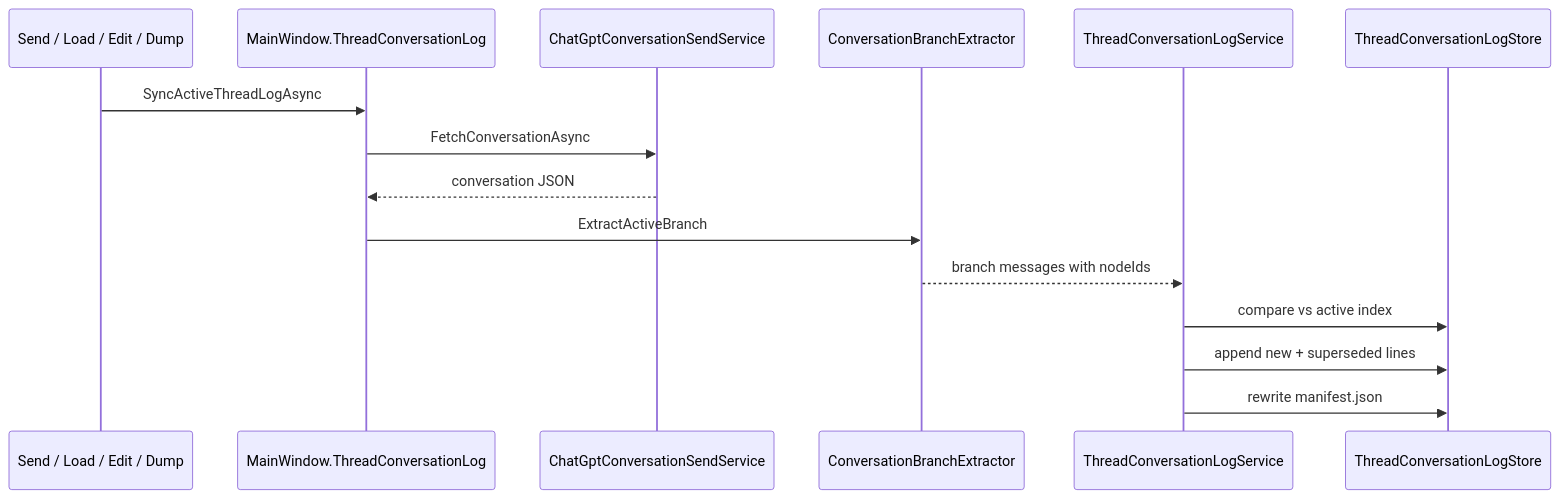
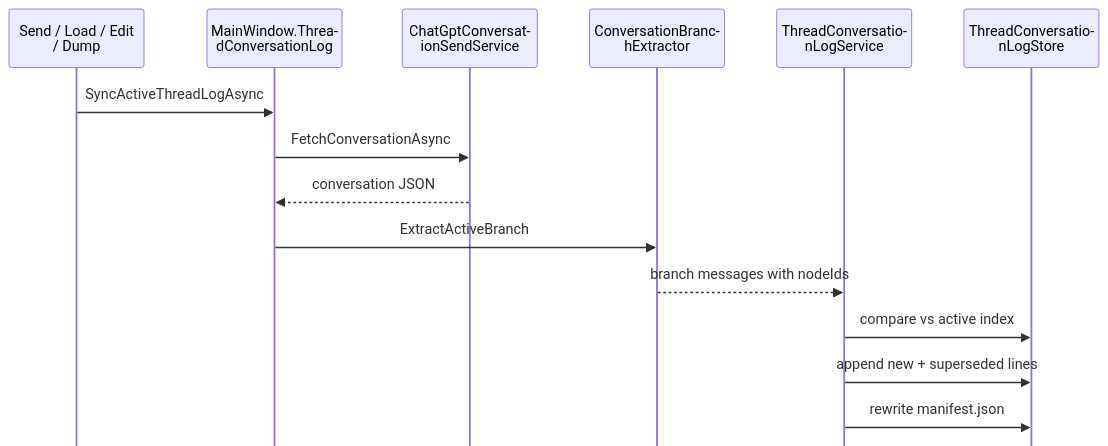
One commit to CMD0112/NarrativeGPT changed the diagram in docs/developer/thread-conversation-log.md. Above: the diagram before and after it, drawn with Mermaid. The commit also changed other lines of this file and 788 other files, not shown here.

````diff
--- a/docs/developer/thread-conversation-log.md
+++ b/docs/developer/thread-conversation-log.md
@@ -126,18 +174,19 @@
 ```mermaid
+%%{init: {"sequence":{"actorMargin":58,"boxMargin":12,"messageMargin":42,"mirrorActors":false,"useMaxWidth":true,"wrap":true},"themeVariables":{"fontSize":"13px"}} }%%
 sequenceDiagram
     participant Trigger as Send / Load / Edit / Dump
     participant MW as MainWindow.ThreadConversationLog
     participant API as ChatGptConversationSendService
     participant Ext as ConversationBranchExtractor
     participant Svc as ThreadConversationLogService
     participant Store as ThreadConversationLogStore
 
     Trigger->>MW: SyncActiveThreadLogAsync
     MW->>API: FetchConversationAsync
     API-->>MW: conversation JSON
     MW->>Ext: ExtractActiveBranch
     Ext-->>Svc: branch messages with nodeIds
     Svc->>Store: compare vs active index
     Svc->>Store: append new + superseded lines
     Svc->>Store: rewrite manifest.json
 ```
````
